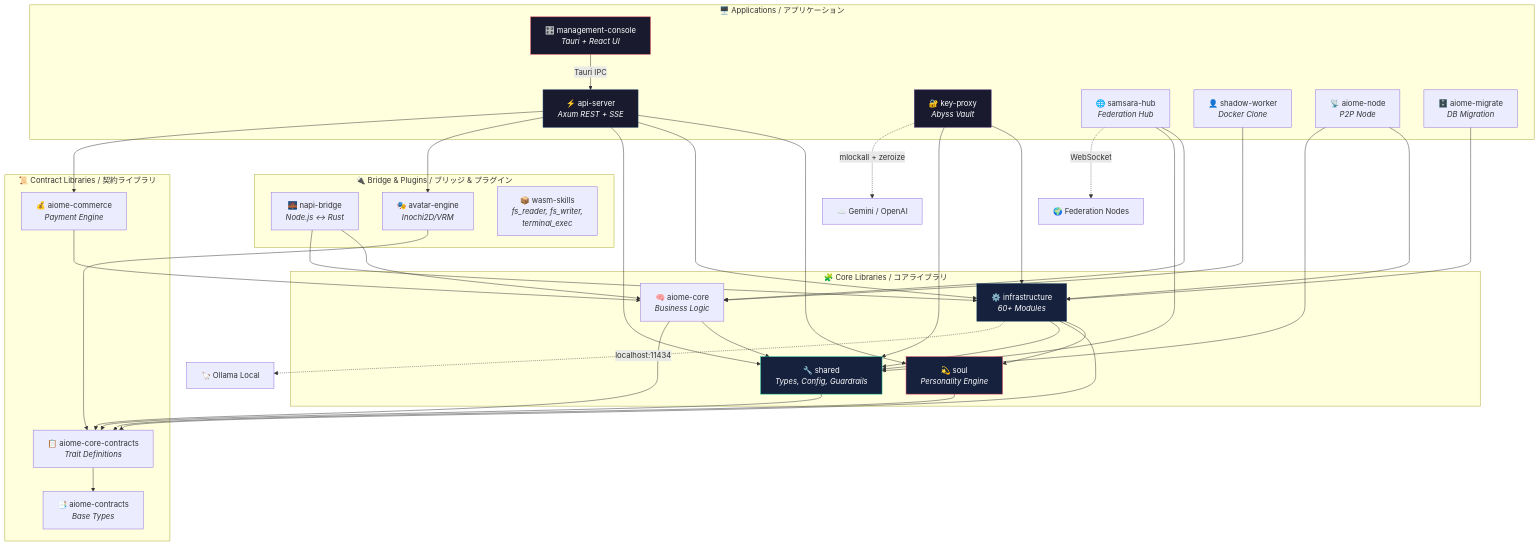
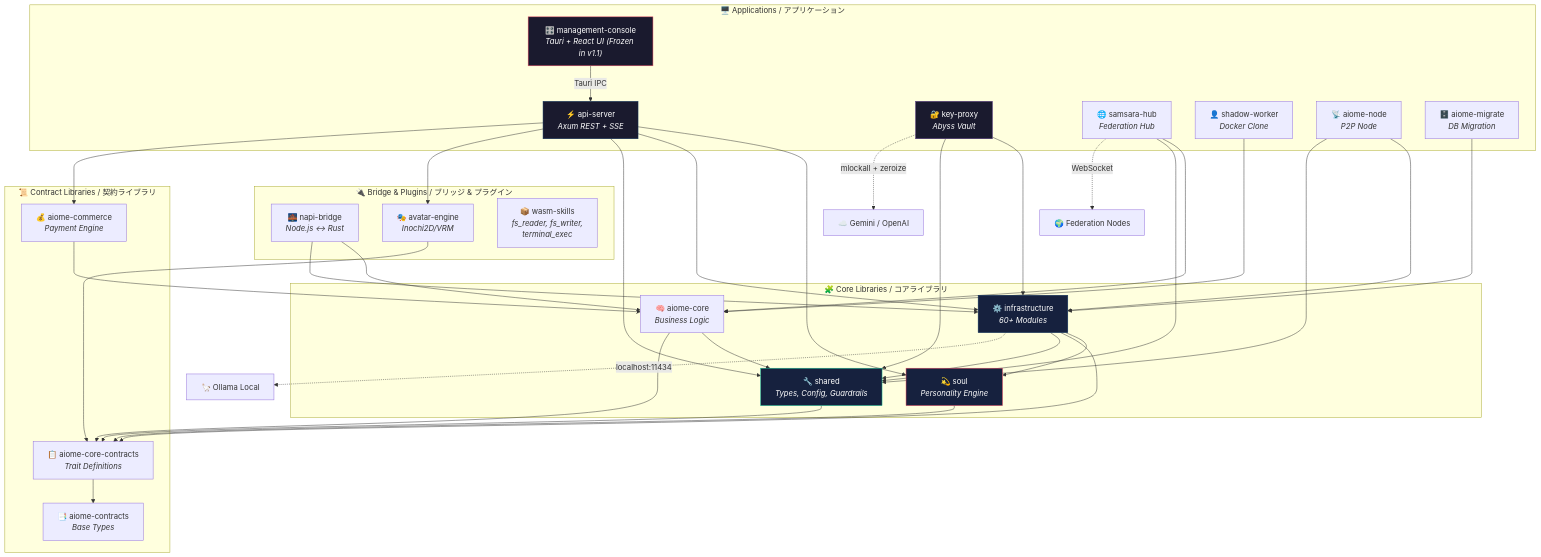
Before and after one commit to for4xex-droid/modular-open-claw: the first of 5 diagrams in docs/architecture/SYSTEM_PANORAMA.md, drawn with Mermaid. The commit also changed 6 other files, not shown here.

````diff
--- a/docs/architecture/SYSTEM_PANORAMA.md
+++ b/docs/architecture/SYSTEM_PANORAMA.md
@@ -44,73 +44,73 @@
 ```mermaid
 graph TD
     subgraph "🖥️ Applications / アプリケーション"
-        MC["🎛️ management-console<br/><i>Tauri + React UI</i>"]
+        MC["🎛️ management-console<br/><i>Tauri + React UI (Frozen in v1.1)</i>"]
         API["⚡ api-server<br/><i>Axum REST + SSE</i>"]
         KP["🔐 key-proxy<br/><i>Abyss Vault</i>"]
         SH["🌐 samsara-hub<br/><i>Federation Hub</i>"]
         SW["👤 shadow-worker<br/><i>Docker Clone</i>"]
         AN["📡 aiome-node<br/><i>P2P Node</i>"]
         MIG["🗄️ aiome-migrate<br/><i>DB Migration</i>"]
     end
 
     subgraph "🧩 Core Libraries / コアライブラリ"
         CORE["🧠 aiome-core<br/><i>Business Logic</i>"]
         INFRA["⚙️ infrastructure<br/><i>60+ Modules</i>"]
         SHARED["🔧 shared<br/><i>Types, Config, Guardrails</i>"]
         SOUL["💫 soul<br/><i>Personality Engine</i>"]
     end
 
     subgraph "📜 Contract Libraries / 契約ライブラリ"
         CC["📋 aiome-core-contracts<br/><i>Trait Definitions</i>"]
         AC["📑 aiome-contracts<br/><i>Base Types</i>"]
         COM["💰 aiome-commerce<br/><i>Payment Engine</i>"]
     end
 
     subgraph "🔌 Bridge & Plugins / ブリッジ & プラグイン"
         NAPI["🌉 napi-bridge<br/><i>Node.js ↔ Rust</i>"]
         AVE["🎭 avatar-engine<br/><i>Inochi2D/VRM</i>"]
         WASM["📦 wasm-skills<br/><i>fs_reader, fs_writer,<br/>terminal_exec</i>"]
     end
 
     %% App → Lib dependencies
     MC -->|"Tauri IPC"| API
     API --> SOUL
     API --> INFRA
     API --> SHARED
     API --> AVE
     API --> COM
     KP --> INFRA
     KP --> SHARED
     SH --> CORE
     SH --> SHARED
     SW --> CORE
     AN --> INFRA
     AN --> SHARED
     MIG --> INFRA
 
     %% Lib → Lib dependencies
     CORE --> SHARED
     CORE --> CC
     INFRA --> SOUL
     INFRA --> CC
     INFRA --> SHARED
     SOUL --> CC
     SHARED --> CC
     CC --> AC
     COM --> CORE
     NAPI --> CORE
     NAPI --> INFRA
     AVE --> CC
 
     %% External services
     KP -.->|"mlockall + zeroize"| EXT_LLM["☁️ Gemini / OpenAI"]
     INFRA -.->|"localhost:11434"| OLLAMA["🦙 Ollama Local"]
     SH -.->|"WebSocket"| FED_NODES["🌍 Federation Nodes"]
 
     style MC fill:#1a1a2e,stroke:#e94560,color:#fff
     style API fill:#1a1a2e,stroke:#0f3460,color:#fff
     style KP fill:#1a1a2e,stroke:#533483,color:#fff
     style INFRA fill:#16213e,stroke:#0f3460,color:#fff
     style SOUL fill:#16213e,stroke:#e94560,color:#fff
     style SHARED fill:#16213e,stroke:#16c79a,color:#fff
 ```
````
